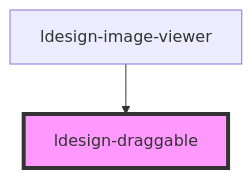
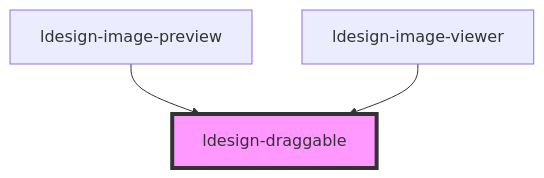
The diagram in packages/webcomponent/src/components/draggable/readme.md (poly1603/ldesign), drawn with Mermaid before and after one commit. The commit also changed other lines of this file and 35 other files, not shown here.

First line of the commit message:
feat(image): 优化图片组件加载状态和占位布局

````diff
--- a/packages/webcomponent/src/components/draggable/readme.md
+++ b/packages/webcomponent/src/components/draggable/readme.md
@@ -257,5 +258,6 @@
 ```mermaid
 graph TD;
+  ldesign-image-preview --> ldesign-draggable
   ldesign-image-viewer --> ldesign-draggable
   style ldesign-draggable fill:#f9f,stroke:#333,stroke-width:4px
 ```
````
